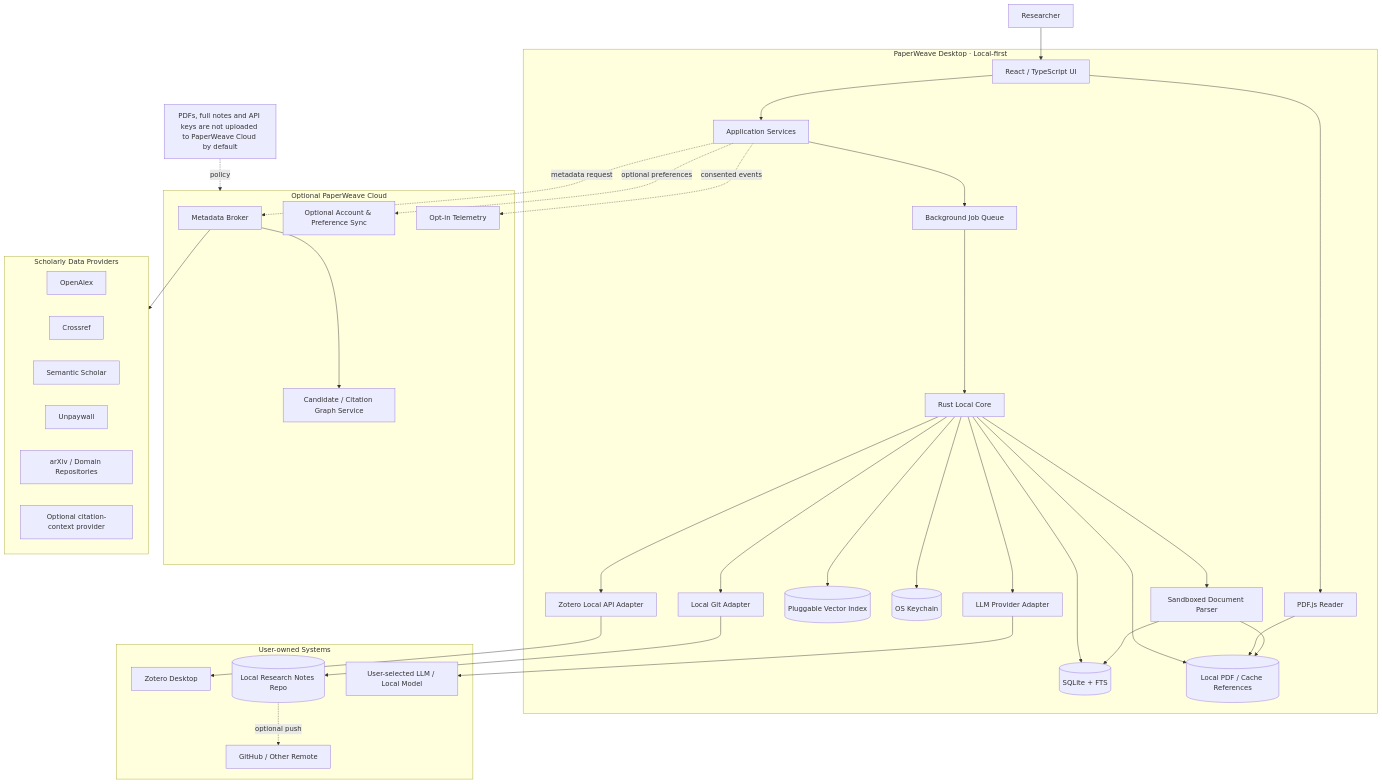
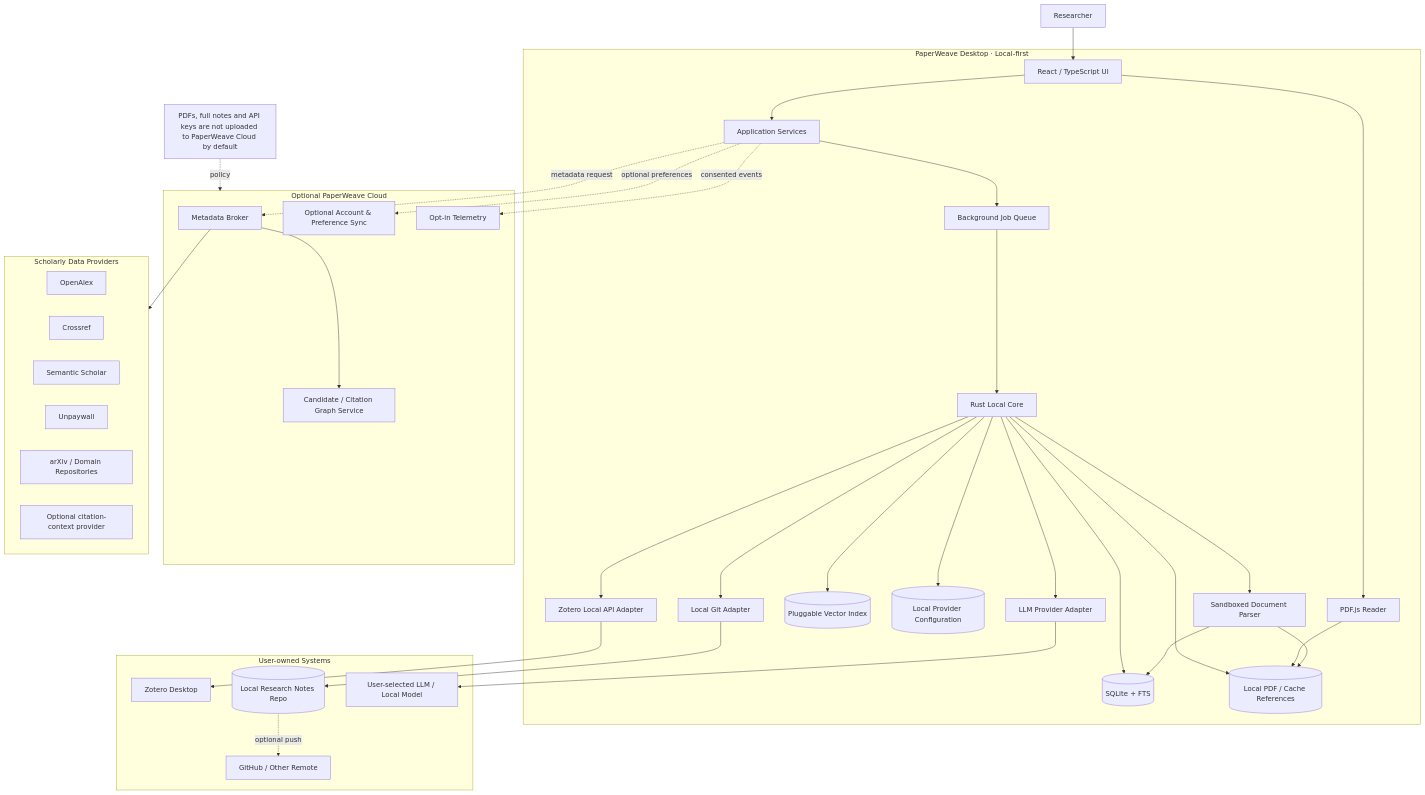
The diagram in diagrams/system-architecture.mmd (Empress7211/ai-reading-lab), drawn with Mermaid before and after one commit. The commit also changed 43 other files, not shown here.

```diff
--- a/diagrams/system-architecture.mmd
+++ b/diagrams/system-architecture.mmd
@@ -1,71 +1,71 @@
 flowchart TB
     User[Researcher]
 
     subgraph Desktop[PaperWeave Desktop · Local-first]
         UI[React / TypeScript UI]
         App[Application Services]
         Jobs[Background Job Queue]
         Core[Rust Local Core]
         Reader[PDF.js Reader]
         Parser[Sandboxed Document Parser]
         DB[(SQLite + FTS)]
         Vec[(Pluggable Vector Index)]
         Vault[(Local PDF / Cache References)]
-        Keychain[(OS Keychain)]
+        ProviderConfig[(Local Provider Configuration)]
         Git[Local Git Adapter]
         Zotero[Zotero Local API Adapter]
         Models[LLM Provider Adapter]
 
         UI --> App
         UI --> Reader
         App --> Jobs
         Jobs --> Core
         Core --> DB
         Core --> Vec
         Core --> Vault
-        Core --> Keychain
+        Core --> ProviderConfig
         Core --> Parser
         Core --> Git
         Core --> Zotero
         Core --> Models
         Reader --> Vault
         Parser --> Vault
         Parser --> DB
     end
 
     subgraph Cloud[Optional PaperWeave Cloud]
         Broker[Metadata Broker]
         Reco[Candidate / Citation Graph Service]
         Sync[Optional Account & Preference Sync]
         Telemetry[Opt-in Telemetry]
     end
 
     subgraph Scholarly[Scholarly Data Providers]
         OpenAlex[OpenAlex]
         Crossref[Crossref]
         S2[Semantic Scholar]
         Unpaywall[Unpaywall]
         Arxiv[arXiv / Domain Repositories]
         Scite[Optional citation-context provider]
     end
 
     subgraph External[User-owned Systems]
         ZoteroApp[Zotero Desktop]
         GitRepo[(Local Research Notes Repo)]
         GitHub[GitHub / Other Remote]
         LLM[User-selected LLM / Local Model]
     end
 
     User --> UI
     App -. metadata request .-> Broker
     Broker --> Scholarly
     Broker --> Reco
     App -. optional preferences .-> Sync
     App -. consented events .-> Telemetry
     Zotero --> ZoteroApp
     Git --> GitRepo
     GitRepo -. optional push .-> GitHub
     Models --> LLM
 
     CloudNote[PDFs, full notes and API keys are not uploaded to PaperWeave Cloud by default]
     CloudNote -. policy .-> Cloud
```
